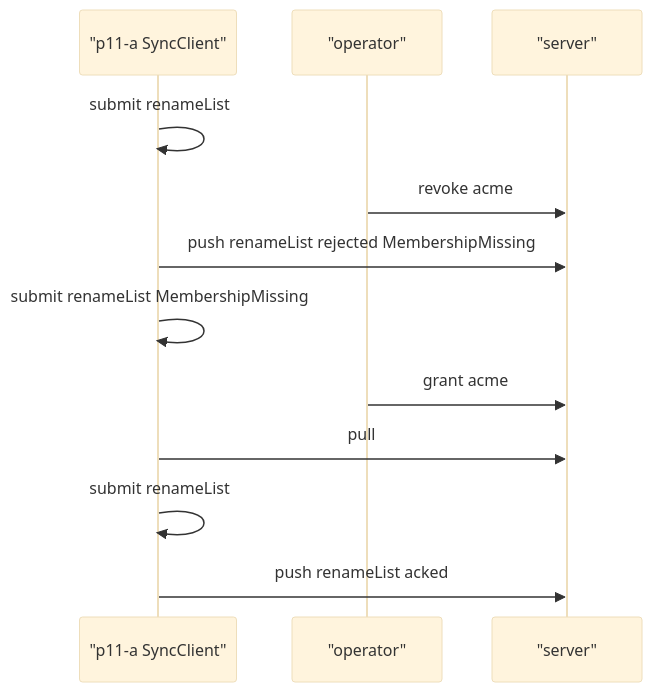
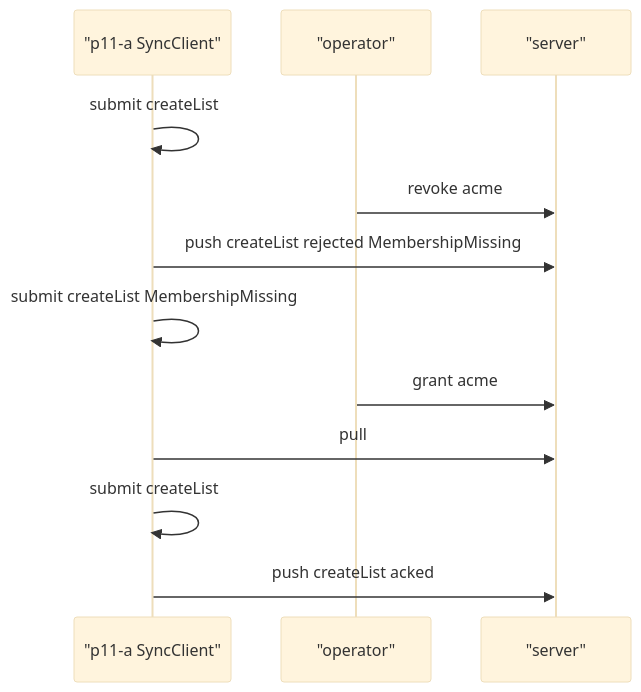
One commit to pietgk/viviefs changed the seventh of 13 diagrams in docs/evidence/2026-09-28-p11.md. Above: the diagram before and after it, drawn with Mermaid (base theme). The commit also changed other lines of this file and 131 other files, not shown here.

````diff
--- a/docs/evidence/2026-09-28-p11.md
+++ b/docs/evidence/2026-09-28-p11.md
@@ -188,14 +188,14 @@
 ```mermaid
 sequenceDiagram
   participant p11_a_SyncClient as "p11-a SyncClient"
   participant operator as "operator"
   participant server as "server"
-  p11_a_SyncClient->>p11_a_SyncClient: submit renameList
+  p11_a_SyncClient->>p11_a_SyncClient: submit createList
   operator->>server: revoke acme
-  p11_a_SyncClient->>server: push renameList rejected MembershipMissing
-  p11_a_SyncClient->>p11_a_SyncClient: submit renameList MembershipMissing
+  p11_a_SyncClient->>server: push createList rejected MembershipMissing
+  p11_a_SyncClient->>p11_a_SyncClient: submit createList MembershipMissing
   operator->>server: grant acme
   p11_a_SyncClient->>server: pull
-  p11_a_SyncClient->>p11_a_SyncClient: submit renameList
-  p11_a_SyncClient->>server: push renameList acked
+  p11_a_SyncClient->>p11_a_SyncClient: submit createList
+  p11_a_SyncClient->>server: push createList acked
 ```
````
